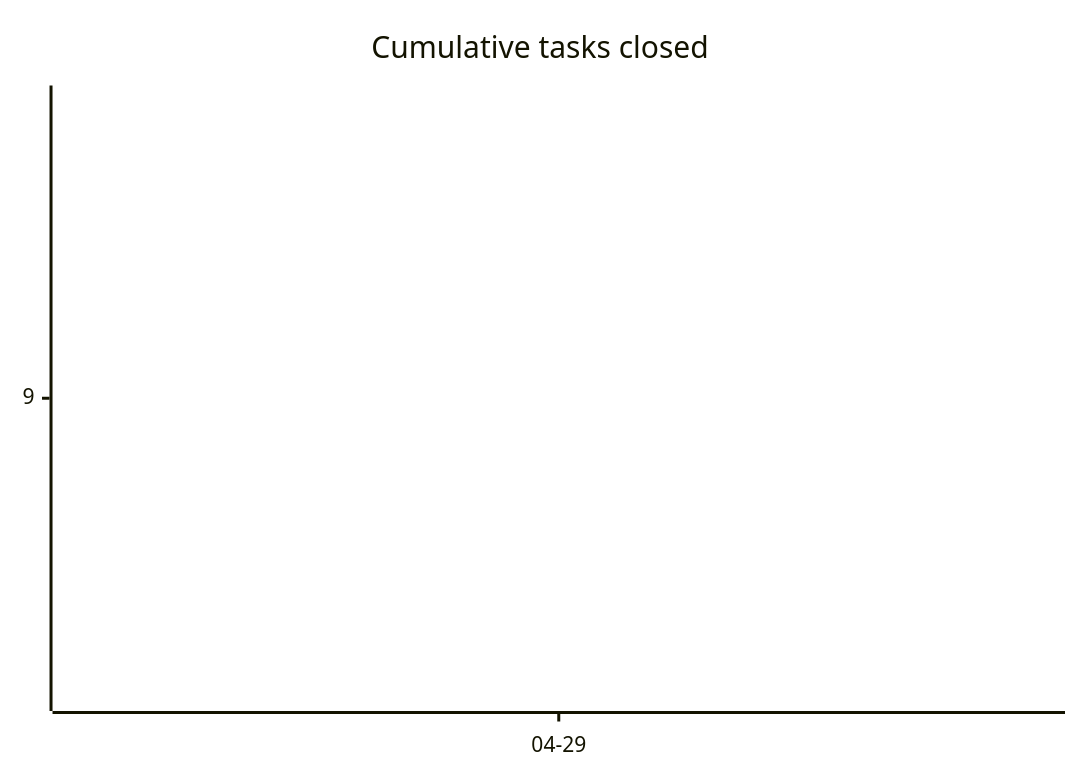
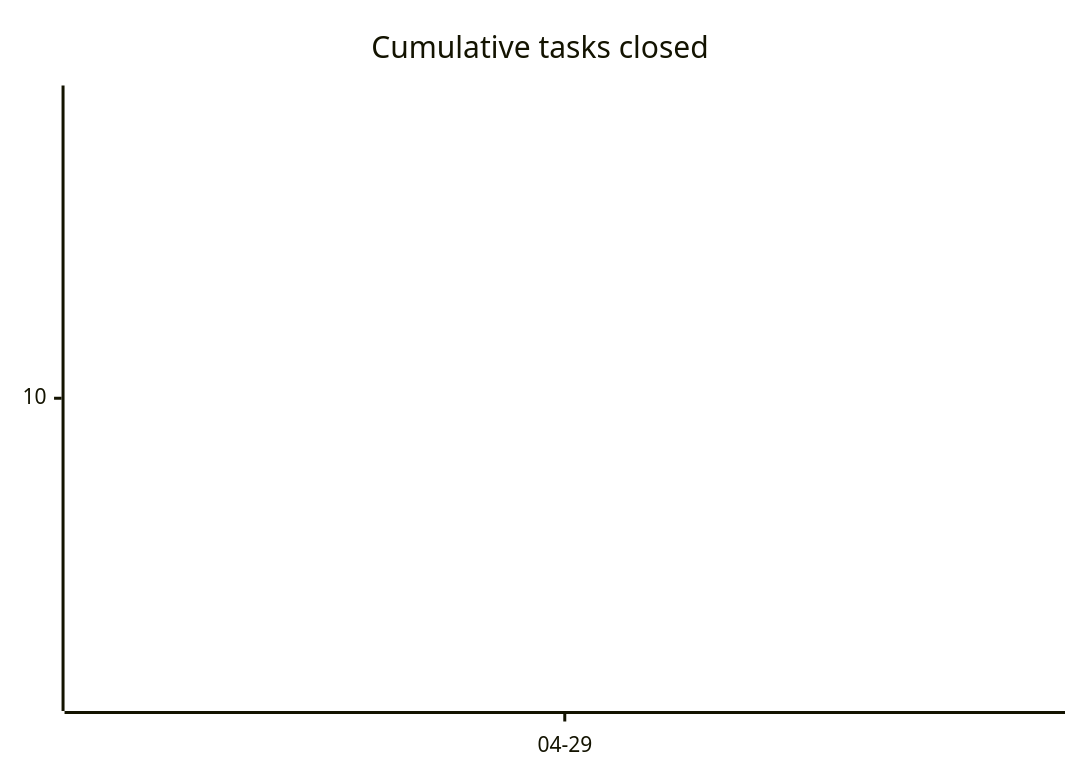
Before and after one commit to tgd1975/AwesomeStudioPedal: the first of 3 diagrams in docs/developers/tasks/OVERVIEW.md, drawn with Mermaid. The commit also changed other lines of this file and 8 other files, not shown here.

````diff
--- a/docs/developers/tasks/OVERVIEW.md
+++ b/docs/developers/tasks/OVERVIEW.md
@@ -20,6 +20,6 @@
 ```mermaid
 xychart-beta
     title "Cumulative tasks closed"
     x-axis ["04-29"]
-    line [9]
+    line [10]
 ```
````
